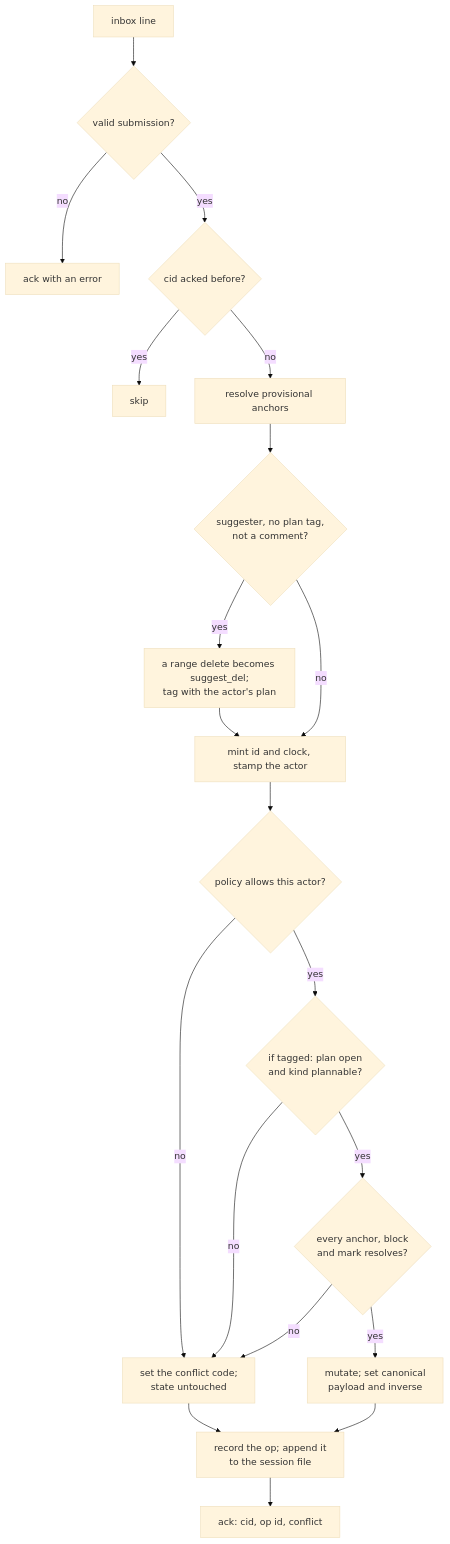
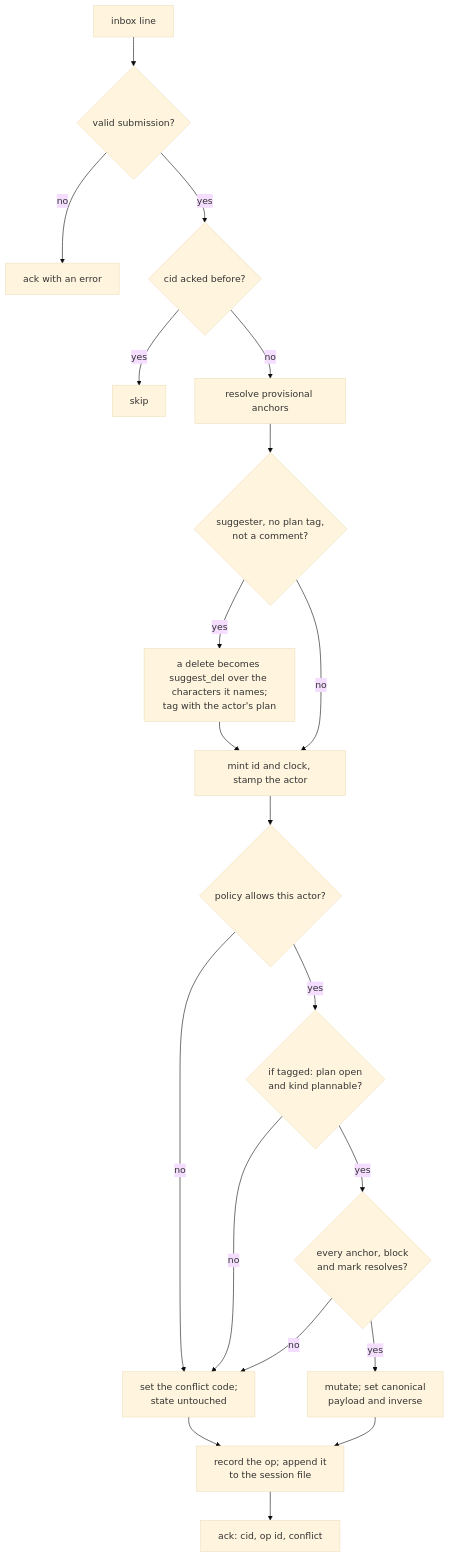
The first of 2 diagrams in docs/concurrency.md (ryanyen2/CodeNav), drawn with Mermaid (base theme) before and after one commit. The commit also changed other lines of this file and 3 other files, not shown here.

````diff
--- a/docs/concurrency.md
+++ b/docs/concurrency.md
@@ -135,22 +139,22 @@
 ```mermaid
 flowchart TD
     L[inbox line] --> V{valid submission?}
     V -- no --> E[ack with an error]
     V -- yes --> S{cid acked before?}
     S -- yes --> K[skip]
     S -- no --> R[resolve provisional anchors]
     R --> G{suggester, no plan tag,<br/>not a comment?}
-    G -- yes --> T[a range delete becomes suggest_del;<br/>tag with the actor's plan]
+    G -- yes --> T[a delete becomes suggest_del over the characters it names;<br/>tag with the actor's plan]
     G -- no --> M
     T --> M[mint id and clock, stamp the actor]
     M --> P{policy allows this actor?}
     P -- no --> C[set the conflict code;<br/>state untouched]
     P -- yes --> O{if tagged: plan open<br/>and kind plannable?}
     O -- no --> C
     O -- yes --> A{every anchor, block<br/>and mark resolves?}
     A -- no --> C
     A -- yes --> W[mutate; set canonical<br/>payload and inverse]
     W --> J[record the op; append it<br/>to the session file]
     C --> J
     J --> Q[ack: cid, op id, conflict]
 ```
````
